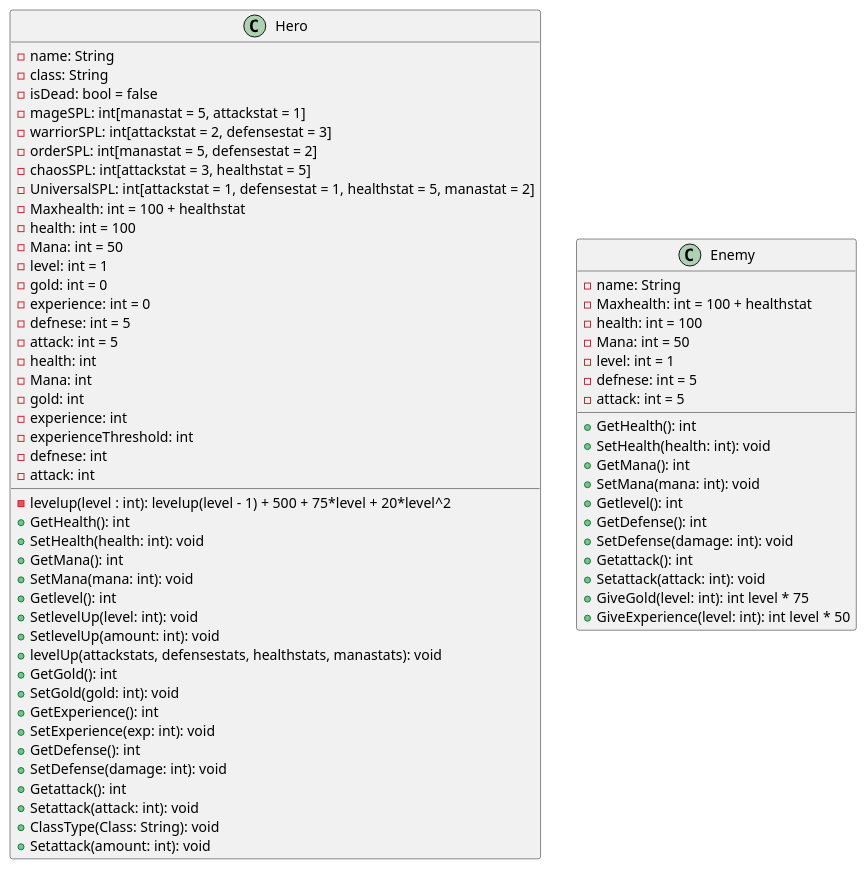
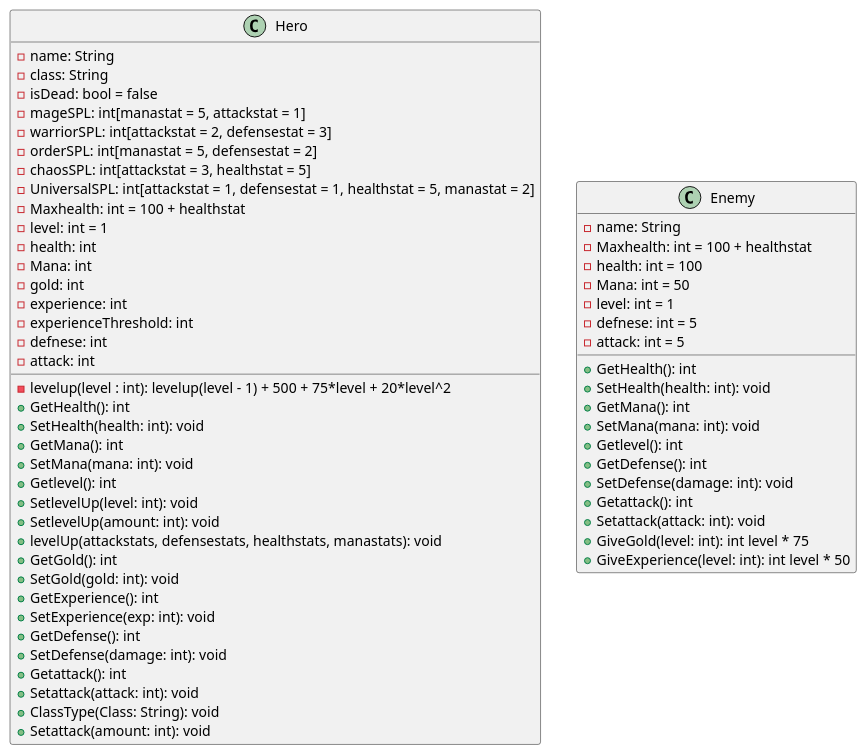
Before and after one commit to JosefG50/2203-Legends-of-Sword-and-Wand: the diagram in rpg-legends/docs/uml/HeroStats.plantuml, drawn with PlantUML.

```diff
--- a/rpg-legends/docs/uml/HeroStats.plantuml
+++ b/rpg-legends/docs/uml/HeroStats.plantuml
@@ -1,100 +1,94 @@
 @startuml
 'add abstract class enetity' 
 class Hero {
     - name: String
     - class: String
     - isDead: bool = false    
     - mageSPL: int[manastat = 5, attackstat = 1]
     - warriorSPL: int[attackstat = 2, defensestat = 3]
     - orderSPL: int[manastat = 5, defensestat = 2]
     - chaosSPL: int[attackstat = 3, healthstat = 5]
     'Uniervsal Stats per level gives points before the class bonus is applied per level up'
     - UniversalSPL: int[attackstat = 1, defensestat = 1, healthstat = 5, manastat = 2]
     - Maxhealth: int = 100 + healthstat
-    - health: int = 100
-    - Mana: int = 50
     - level: int = 1
-    - gold: int = 0
-    - experience: int = 0
-    - defnese: int = 5
-    - attack: int = 5
     'Add class Abstract class with all classes'
     - health: int
     - Mana: int
     'add -levels for each class'
     - gold: int
     - experience: int
     'add to check if enough experience to level up'
     - levelup(level : int): levelup(level - 1) + 500 + 75*level + 20*level^2
     - experienceThreshold: int
     - defnese: int
     - attack: int
     '-spells: List[Spells]'
     + GetHealth(): int
     + SetHealth(health: int): void
     + GetMana(): int
     + SetMana(mana: int): void
     + Getlevel(): int
     + SetlevelUp(level: int): void
     + SetlevelUp(amount: int): void 
     'Change to levelUp():void' that increases level by 1'
     + levelUp(attackstats, defensestats, healthstats, manastats): void
     + GetGold(): int
     + SetGold(gold: int): void 
     + GetExperience(): int
     + SetExperience(exp: int): void
     + GetDefense(): int
     + SetDefense(damage: int): void
     + Getattack(): int
     + Setattack(attack: int): void
     + ClassType(Class: String): void
     + Setattack(amount: int): void
 }
 
 
 class Enemy {
     '1 to 5 enemies'
     'level from 1 to 10'
     'the actual level of the enemy party is determined by the culmative level of the hero party'
     'if hero party has a culmative level of 5 the enemy party will have a culmative level of 5-0'
     'or hero culmative stats - 10 would be the enemies minimum and the hero culmative level would be the maximum'
     'The maximum level of a full enemy party culmative level is 50'
     'The enemy party level is divided equally among the enemies in the party'
     'There is a chance for the enemy to pick a class so the enemy can have stats to that specific class'
     'but usually the stats will be evenly distributed among all stats'
     - name: String
     - Maxhealth: int = 100 + healthstat
     - health: int = 100
     - Mana: int = 50
     - level: int = 1
     - defnese: int = 5
     - attack: int = 5
     + GetHealth(): int
     + SetHealth(health: int): void
     + GetMana(): int
     + SetMana(mana: int): void
     + Getlevel(): int
     + GetDefense(): int
     + SetDefense(damage: int): void
     + Getattack(): int
     + Setattack(attack: int): void
     'G(L) = 75*L that is the gold given to hero on defeat'
     + GiveGold(level: int): int level * 75
     'Exp(L)=50*L that is the experience given to hero on defeat'
     + GiveExperience(level: int): int level * 50
 }
 
 
 'Order' <|-- Hero : +5 Mana
 'Order' <|-- Hero : +2 Defense
 'Order' <|-- Hero : Heals/Shields
 'Chaos' <|-- Hero : +3 Attack
 'Chaos' <|-- Hero : +5 HP
 'Chaos' <|-- Hero : Fireball/Lightning
 'Warrior' <|-- Hero : +2 Attack
 'Warrior' <|-- Hero : +3 Defense
 'Warrior' <|-- Hero : Cleave/PHYSICAL
 'Mage' <|-- Hero : +5 Mana
 'Mage' <|-- Hero : +1 Attack
 'Mage' <|-- Hero : Mana Replenish
 @enduml
```
